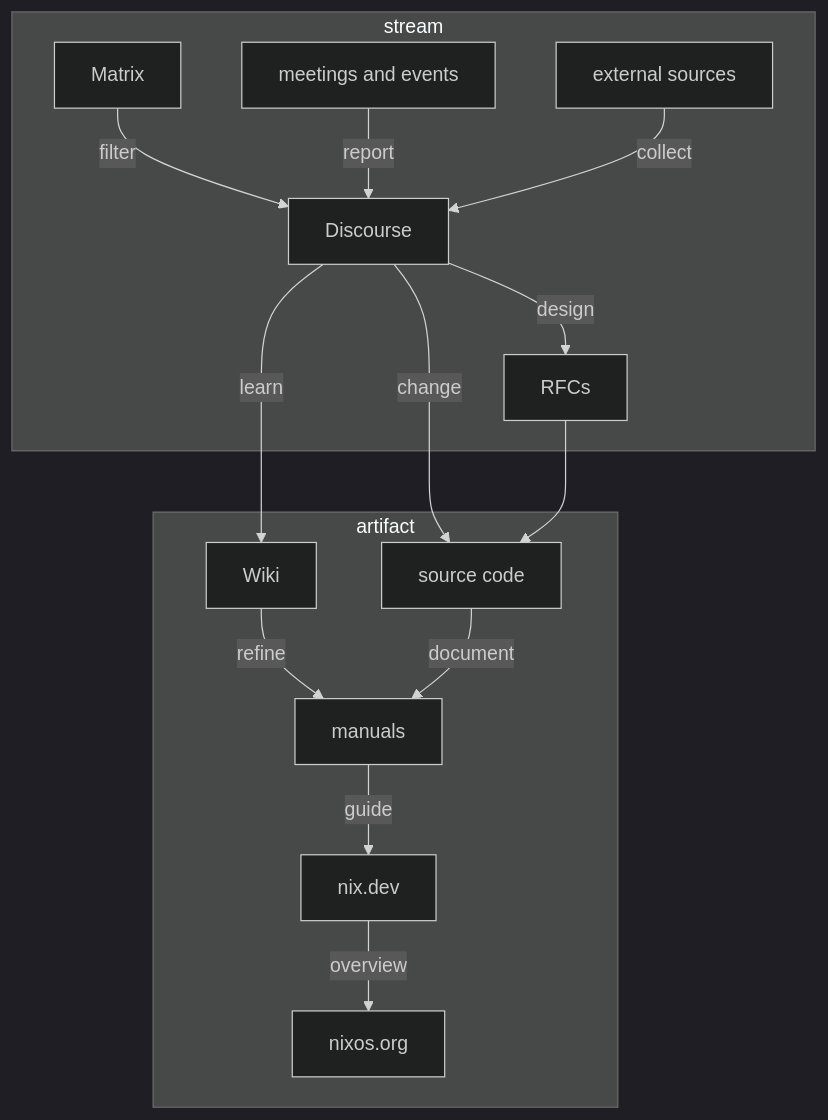
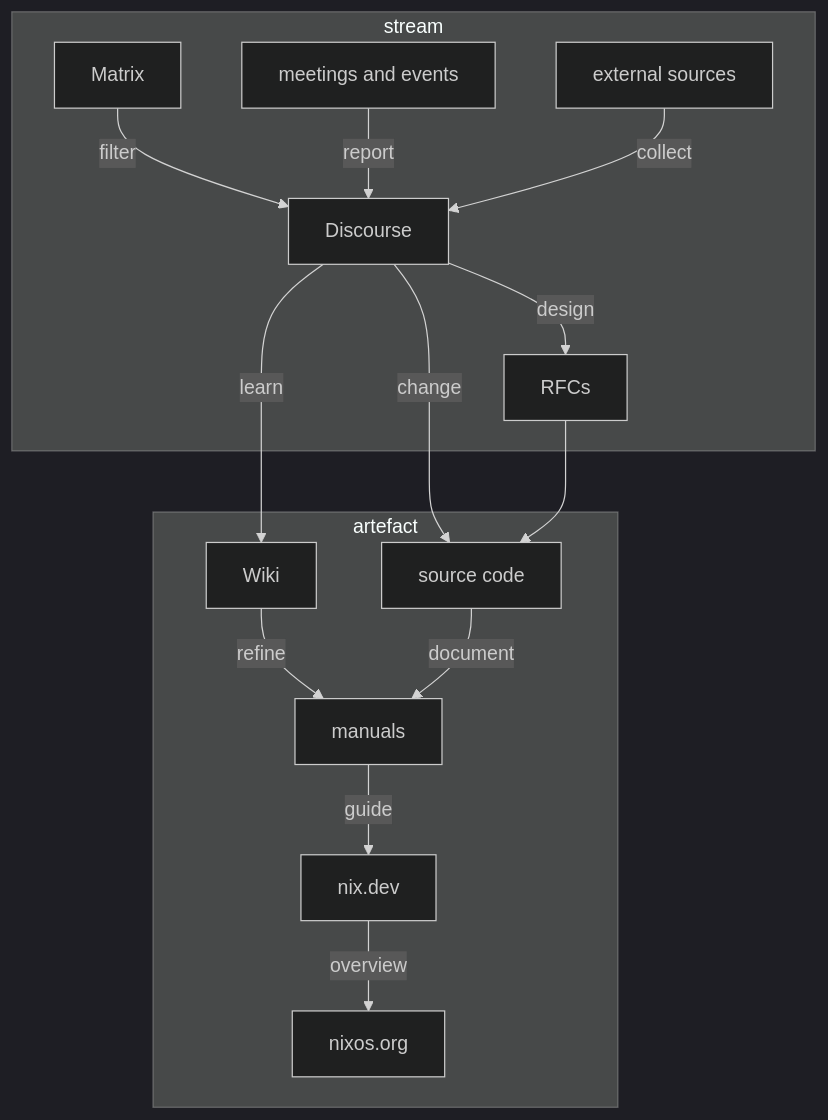
One commit to NixOS/nix.dev changed the diagram in maintainers/how-to-contribute-to-documentation.md. Above: the diagram before and after it, drawn with Mermaid (dark theme). The commit also changed other lines of this file and 13 other files, not shown here.

````diff
--- a/maintainers/how-to-contribute-to-documentation.md
+++ b/maintainers/how-to-contribute-to-documentation.md
@@ -26,25 +26,25 @@
 ```mermaid
 flowchart
   Matrix --> |filter| Discourse
   events[meetings and events] --> |report| Discourse
   external[external sources] --> |collect| Discourse
 	Discourse --> |design| RFCs
   Discourse --> |change| code[source code]
   Discourse --> |learn| Wiki
 	Wiki --> |refine| manuals --> |guide| dev[nix.dev] --> |overview| www[nixos.org]
 	RFCs --> code --> |document| manuals
   subgraph stream
     Matrix
 		events
 		external
 		Discourse
 		RFCs
   end
-  subgraph artifact
+  subgraph artefact
 		Wiki
 		code
 		manuals
 		dev
 		www
   end
 ```
````
